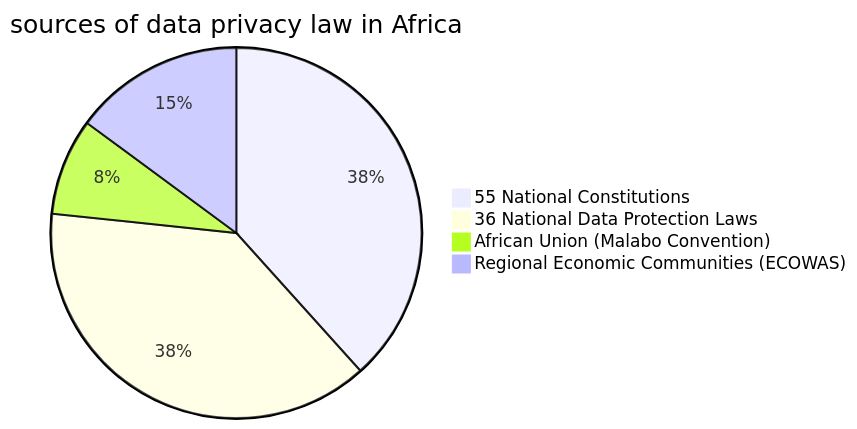
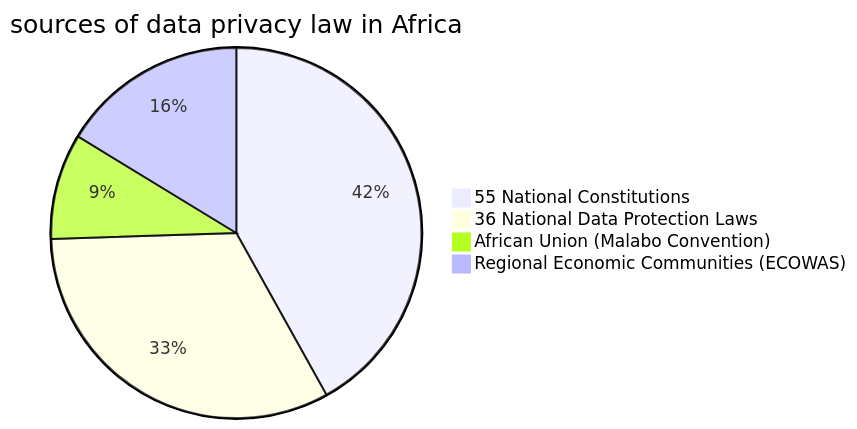
The diagram in testdata/posts/first.md (aovabo/blogger), drawn with Mermaid before and after one commit.

````diff
--- a/testdata/posts/first.md
+++ b/testdata/posts/first.md
@@ -8,8 +8,8 @@
 ```mermaid
 pie
     title sources of data privacy law in Africa
     "55 National Constitutions" : 386
-    "36 National Data Protection Laws" : 386
+    "36 National Data Protection Laws" : 300
     "African Union (Malabo Convention) " : 85
     "Regional Economic Communities (ECOWAS)" : 150 
 ```
````
